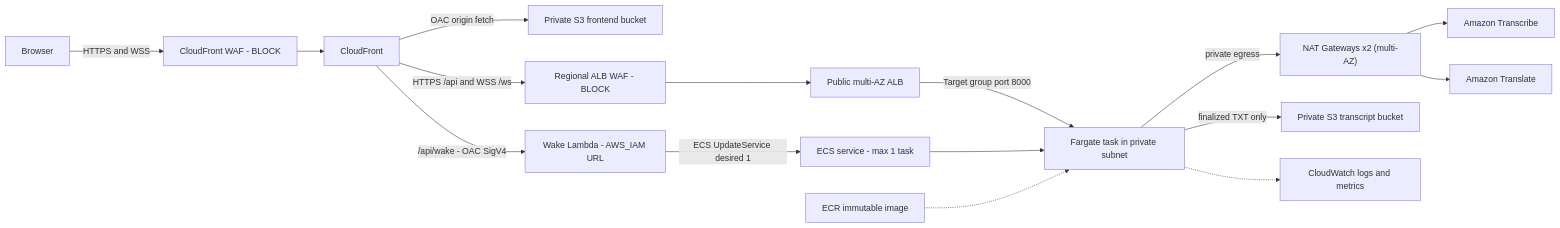
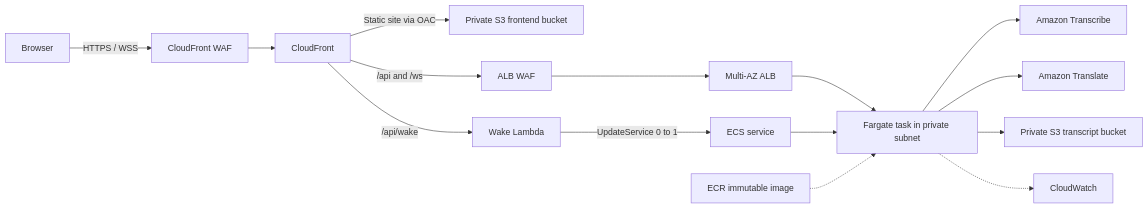
Before and after one commit to 9ducanh9/livecap: the diagram in README.md, drawn with Mermaid. The commit also changed other lines of this file, not shown here.

````diff
--- a/README.md
+++ b/README.md
@@ -105,18 +40,17 @@
 ```mermaid
 flowchart LR
-    User["Browser"] -->|HTTPS and WSS| CFWAF["CloudFront WAF - BLOCK"]
-    CFWAF --> CF["CloudFront"]
-    CF -->|OAC origin fetch| Frontend["Private S3 frontend bucket"]
-    CF -->|/api/wake - OAC SigV4| Wake["Wake Lambda - AWS_IAM URL"]
-    Wake -->|ECS UpdateService desired 1| ECS["ECS service - max 1 task"]
-    CF -->|HTTPS /api and WSS /ws| ALBWAF["Regional ALB WAF - BLOCK"]
-    ALBWAF --> ALB["Public multi-AZ ALB"]
-    ALB -->|Target group port 8000| Task["Fargate task in private subnet"]
+    Browser[Browser] -->|HTTPS / WSS| CFWAF[CloudFront WAF]
+    CFWAF --> CF[CloudFront]
+    CF -->|Static site via OAC| Frontend[Private S3 frontend bucket]
+    CF -->|/api/wake| Wake[Wake Lambda]
+    Wake -->|UpdateService 0 to 1| ECS[ECS service]
+    CF -->|/api and /ws| ALBWAF[ALB WAF]
+    ALBWAF --> ALB[Multi-AZ ALB]
+    ALB --> Task[Fargate task in private subnet]
     ECS --> Task
-    ECR["ECR immutable image"] -.-> Task
-    Task -->|private egress| NAT["NAT Gateways x2 (multi-AZ)"]
-    NAT --> Transcribe["Amazon Transcribe"]
-    NAT --> Translate["Amazon Translate"]
-    Task -->|finalized TXT only| Transcript["Private S3 transcript bucket"]
-    Task -.-> CloudWatch["CloudWatch logs and metrics"]
+    ECR[ECR immutable image] -.-> Task
+    Task --> Transcribe[Amazon Transcribe]
+    Task --> Translate[Amazon Translate]
+    Task --> Transcript[Private S3 transcript bucket]
+    Task -.-> CloudWatch[CloudWatch]
 ```
````
